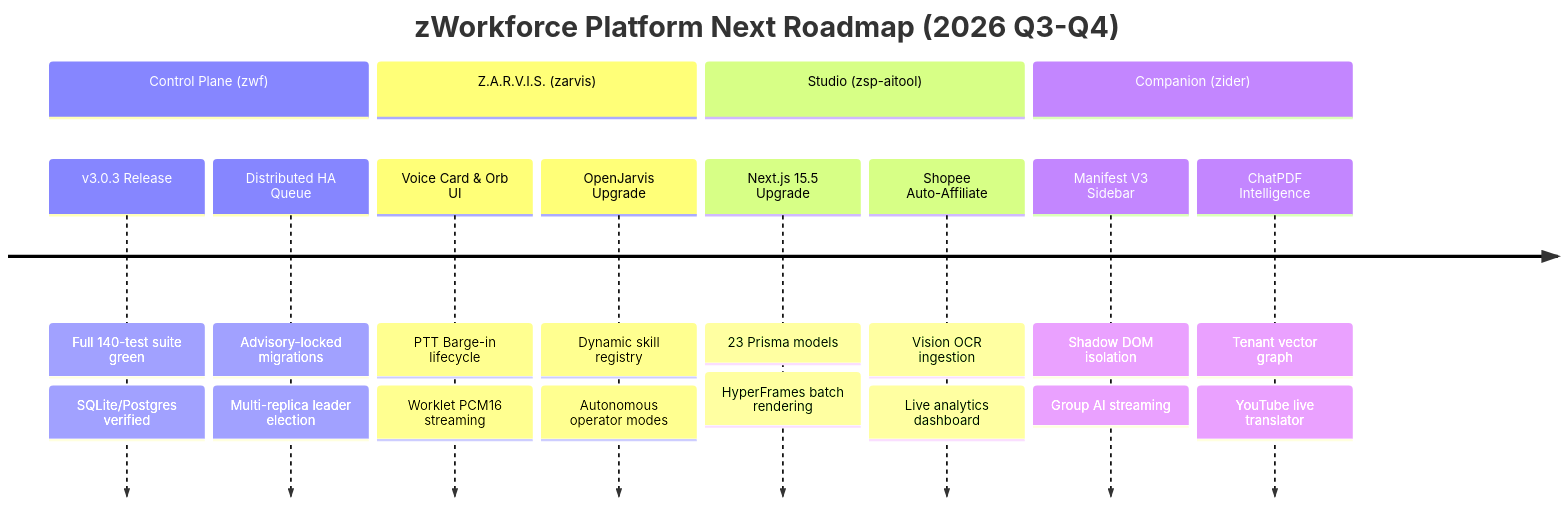
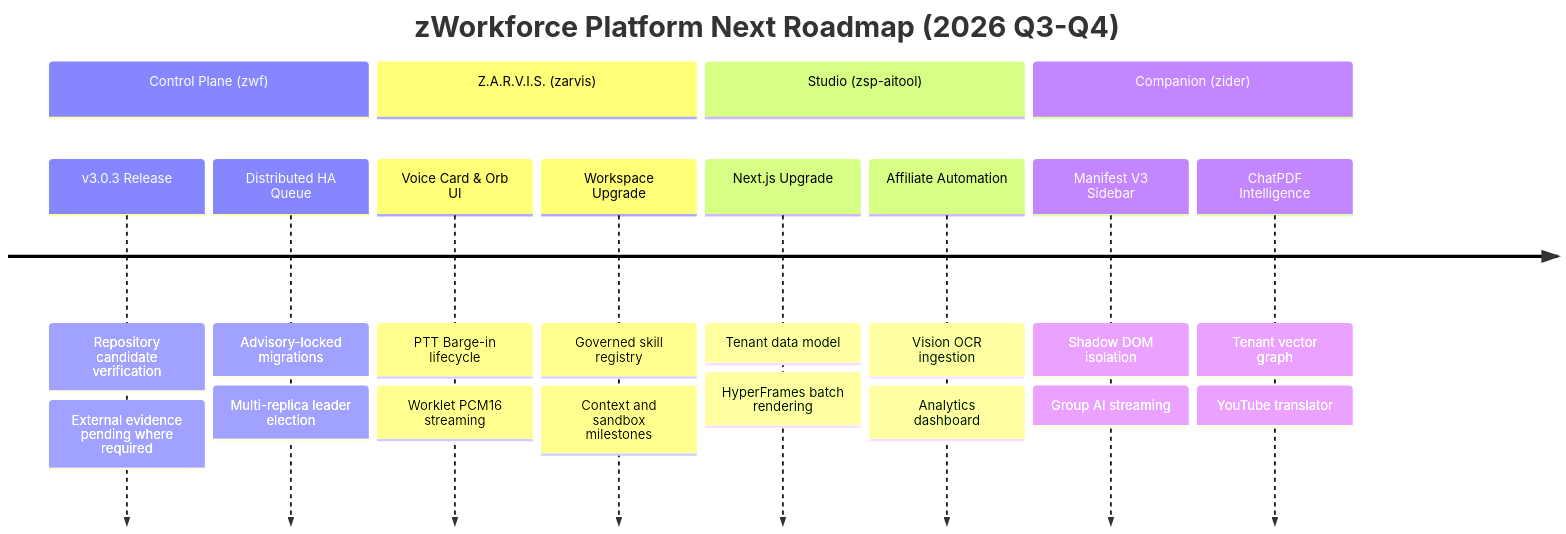
Before and after one commit to cvsz/zWorkforce: the second of 2 diagrams in planning/exec-planning.master.md, drawn with Mermaid. The commit also changed other lines of this file, not shown here.

````diff
--- a/planning/exec-planning.master.md
+++ b/planning/exec-planning.master.md
@@ -177,16 +167,16 @@
 ```mermaid
 timeline
     title zWorkforce Platform Next Roadmap (2026 Q3-Q4)
     section Control Plane (zwf)
-      v3.0.3 Release : Full 140-test suite green : SQLite/Postgres verified
+      v3.0.3 Release : Repository candidate verification : External evidence pending where required
       Distributed HA Queue : Advisory-locked migrations : Multi-replica leader election
     section Z.A.R.V.I.S. (zarvis)
       Voice Card & Orb UI : PTT Barge-in lifecycle : Worklet PCM16 streaming
-      OpenJarvis Upgrade : Dynamic skill registry : Autonomous operator modes
+      Workspace Upgrade : Governed skill registry : Context and sandbox milestones
     section Studio (zsp-aitool)
-      Next.js 15.5 Upgrade : 23 Prisma models : HyperFrames batch rendering
-      Shopee Auto-Affiliate : Vision OCR ingestion : Live analytics dashboard
+      Next.js Upgrade : Tenant data model : HyperFrames batch rendering
+      Affiliate Automation : Vision OCR ingestion : Analytics dashboard
     section Companion (zider)
       Manifest V3 Sidebar : Shadow DOM isolation : Group AI streaming
-      ChatPDF Intelligence : Tenant vector graph : YouTube live translator
+      ChatPDF Intelligence : Tenant vector graph : YouTube translator
 ```
````
